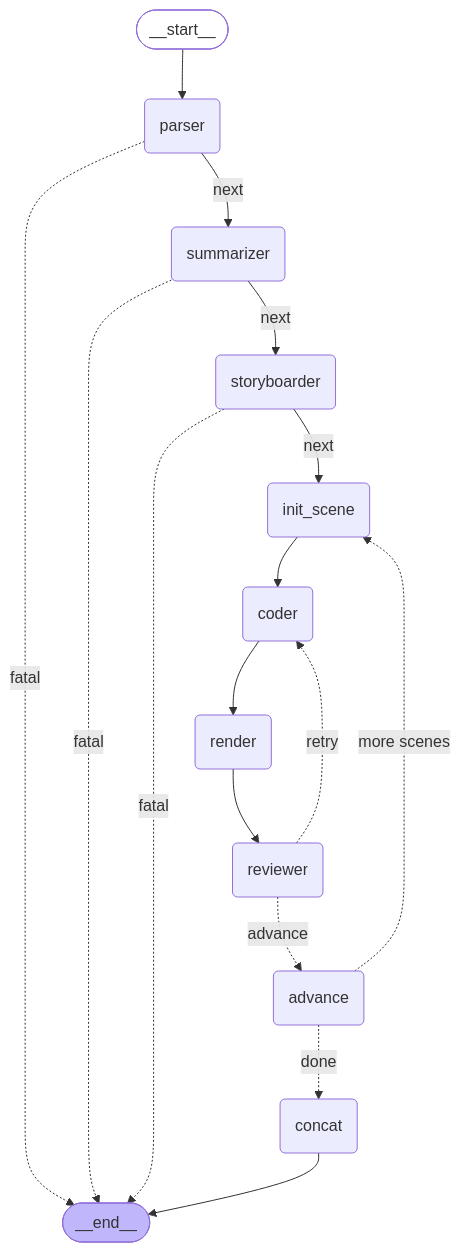
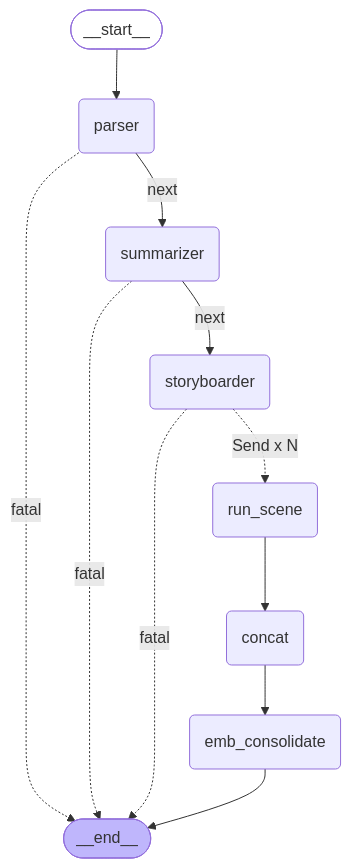
Before and after one commit to jwj1342/Paper2Manim: the second of 3 diagrams in docs/graphs.md, drawn with Mermaid. The commit also changed other lines of this file and 10 other files, not shown here.

First line of the commit message:
docs: sync with PR #15 / #16 / #19 — VLM schema、EMB 后端、fan-out 拓扑 (#20)

````diff
--- a/docs/graphs.md
+++ b/docs/graphs.md
@@ -54,34 +57,25 @@
 ```mermaid
 graph TD;
     __start__([__start__]):::first
     parser(parser)
     summarizer(summarizer)
     storyboarder(storyboarder)
-    init_scene(init_scene)
-    coder(coder)
-    render(render)
-    reviewer(reviewer)
-    advance(advance)
+    run_scene(run_scene)
     concat(concat)
+    emb_consolidate(emb_consolidate)
     __end__([__end__]):::last
 
     __start__ --> parser
     parser -. fatal .-> __end__
     parser -- next --> summarizer
     summarizer -. fatal .-> __end__
     summarizer -- next --> storyboarder
     storyboarder -. fatal .-> __end__
-    storyboarder -- next --> init_scene
-
-    init_scene --> coder
-    coder --> render
-    render --> reviewer
-    reviewer -. retry .-> coder
-    reviewer -. advance .-> advance
-    advance -. more scenes .-> init_scene
-    advance -. done .-> concat
-    concat --> __end__
+    storyboarder -. Send x N .-> run_scene
+    run_scene --> concat
+    concat --> emb_consolidate
+    emb_consolidate --> __end__
 
     classDef first fill-opacity:0
     classDef last fill:#bfb6fc
 ```
````
